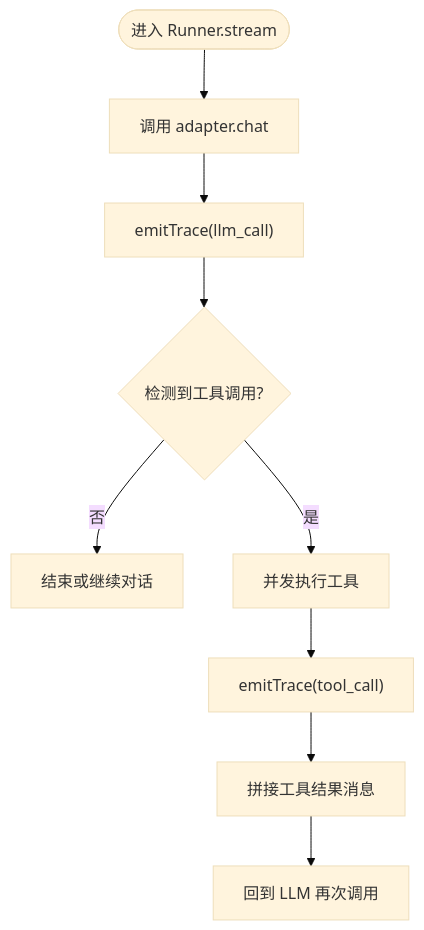
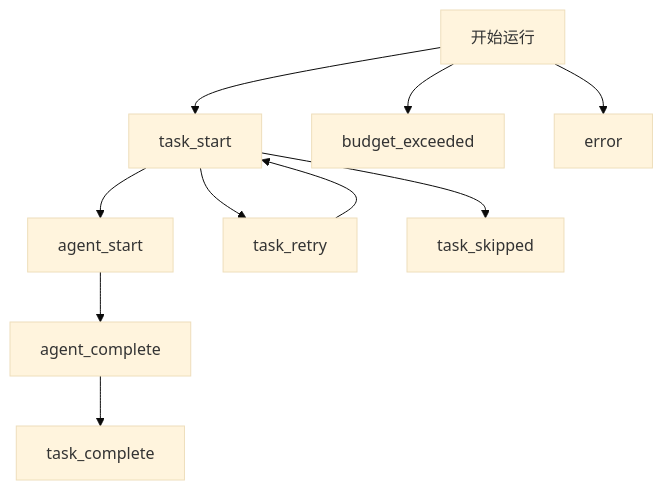
One commit to haolange/open-multi-agent changed the third of 6 diagrams in .qoder/repowiki/zh/content/可观测性.md. Above: the diagram before and after it, drawn with Mermaid (base theme). The commit also changed other lines of this file and 100 other files, not shown here.

````diff
--- a/.qoder/repowiki/zh/content/可观测性.md
+++ b/.qoder/repowiki/zh/content/可观测性.md
@@ -214,11 +130,12 @@
 ```mermaid
 flowchart TD
-Enter(["进入 Runner.stream"]) --> CallLLM["调用 adapter.chat"]
-CallLLM --> EmitLLM["emitTrace(llm_call)"]
-EmitLLM --> DetectTool{"检测到工具调用?"}
-DetectTool --> |否| Finalize["结束或继续对话"]
-DetectTool --> |是| ExecTools["并发执行工具"]
-ExecTools --> EmitTool["emitTrace(tool_call)"]
-EmitTool --> AppendResults["拼接工具结果消息"]
-AppendResults --> LoopBack["回到 LLM 再次调用"]
+S["开始运行"] --> TS["task_start"]
+TS --> AS["agent_start"]
+AS --> AC["agent_complete"]
+AC --> TC["task_complete"]
+TS --> TR["task_retry"]
+TR --> TS
+TS --> SK["task_skipped"]
+S --> BE["budget_exceeded"]
+S --> ER["error"]
 ```
````
